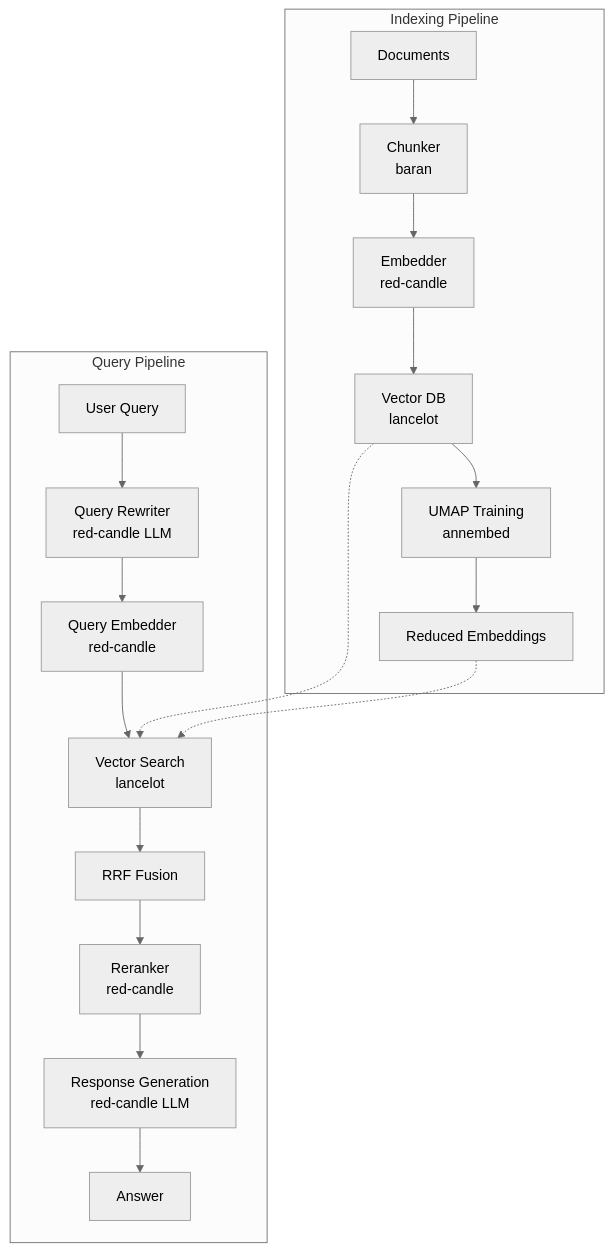
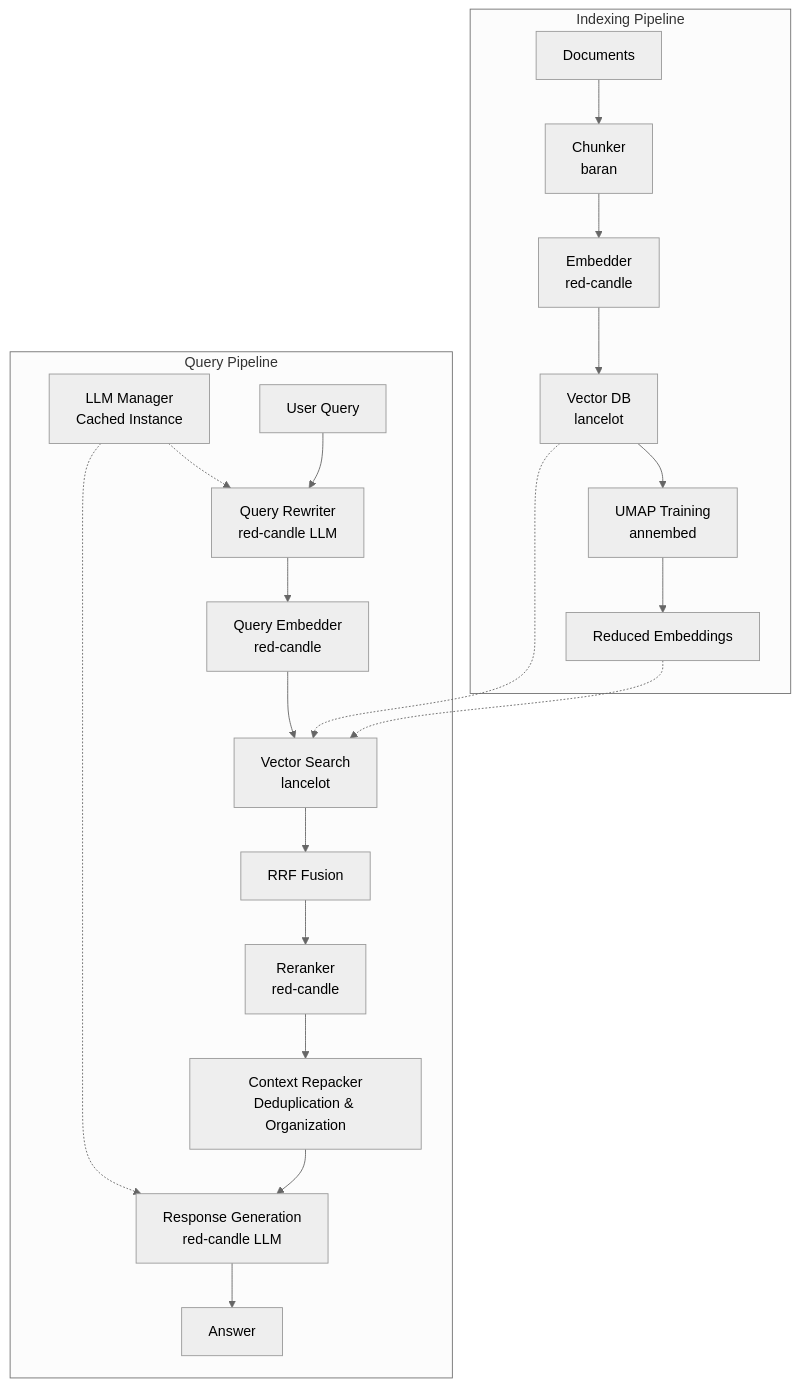
The first of 4 diagrams in README.md (scientist-labs/ragnar-cli), drawn with Mermaid (neutral theme) before and after one commit. The commit also changed other lines of this file and 5 other files, not shown here.

````diff
--- a/README.md
+++ b/README.md
@@ -17,23 +17,28 @@
 ```mermaid
 graph TB
     subgraph "Indexing Pipeline"
         A[Documents] --> B[Chunker<br/>baran]
         B --> C[Embedder<br/>red-candle]
         C --> D[Vector DB<br/>lancelot]
         D --> E[UMAP Training<br/>annembed]
         E --> F[Reduced Embeddings]
     end
     
     subgraph "Query Pipeline"
+        LLMCache[LLM Manager<br/>Cached Instance]
         Q[User Query] --> QR[Query Rewriter<br/>red-candle LLM]
         QR --> QE[Query Embedder<br/>red-candle]
         QE --> VS[Vector Search<br/>lancelot]
         VS --> RRF[RRF Fusion]
         RRF --> RR[Reranker<br/>red-candle]
-        RR --> LLM[Response Generation<br/>red-candle LLM]
+        RR --> RP[Context Repacker<br/>Deduplication & Organization]
+        RP --> LLM[Response Generation<br/>red-candle LLM]
         LLM --> R[Answer]
+        
+        LLMCache -.-> QR
+        LLMCache -.-> LLM
     end
     
     D -.-> VS
     F -.-> VS
 ```
````
